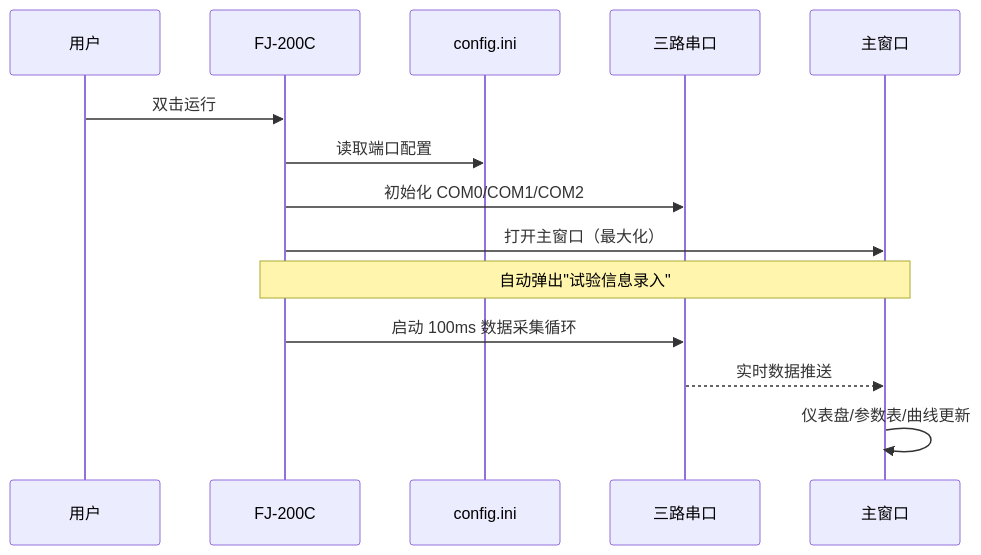
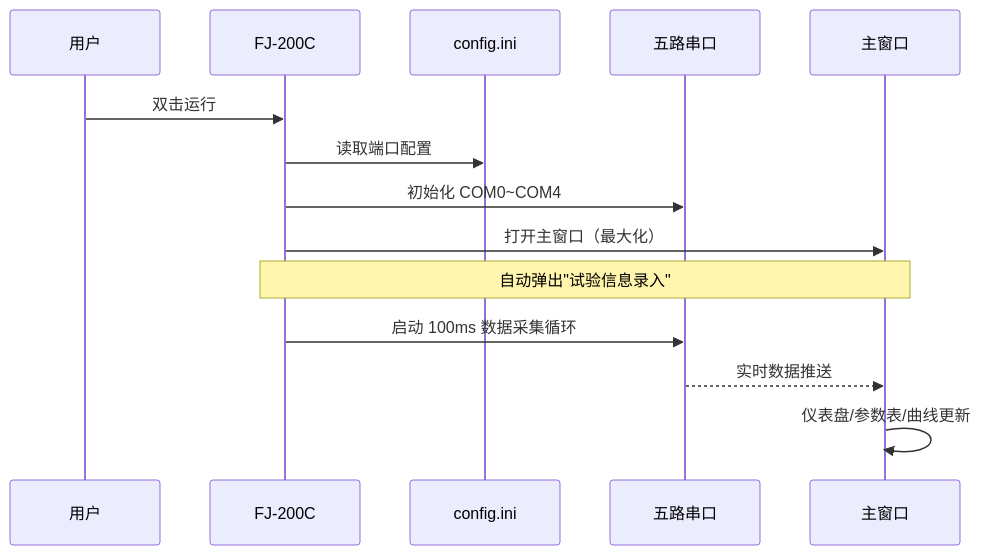
The second of 9 diagrams in src/fj200c_main/help_doc.md (3123958139/RustWeb-Vue), drawn with Mermaid before and after one commit. The commit also changed other lines of this file and 20 other files, not shown here.

````diff
--- a/src/fj200c_main/help_doc.md
+++ b/src/fj200c_main/help_doc.md
@@ -47,19 +53,19 @@
 ```mermaid
 sequenceDiagram
     participant User as 用户
     participant App as FJ-200C
     participant Config as config.ini
-    participant Ports as 三路串口
+    participant Ports as 五路串口
     participant Window as 主窗口
 
     User->>App: 双击运行
     App->>Config: 读取端口配置
-    App->>Ports: 初始化 COM0/COM1/COM2
+    App->>Ports: 初始化 COM0~COM4
     App->>Window: 打开主窗口（最大化）
 
     Note over App,Window: 自动弹出"试验信息录入"
 
     App->>Ports: 启动 100ms 数据采集循环
     Ports-->>Window: 实时数据推送
     Window->>Window: 仪表盘/参数表/曲线更新
 ```
````
